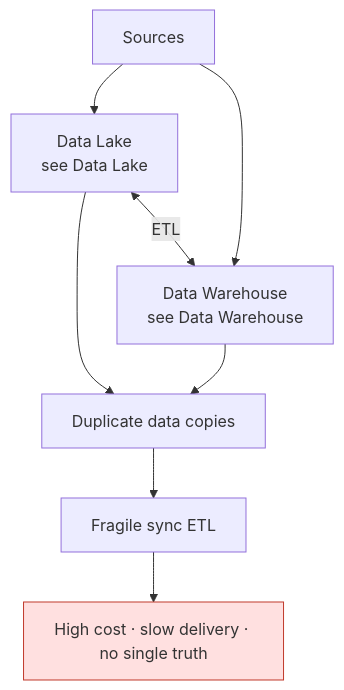
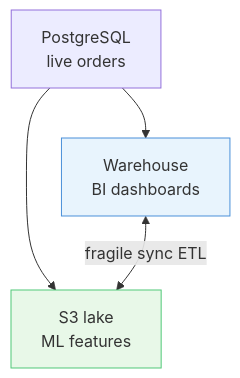
The first of 5 diagrams in data-architecture/data-lakehouse.md (adnanrahin/adnanrahin.github.io), drawn with Mermaid before and after one commit. The commit also changed other lines of this file and 5 other files, not shown here.

````diff
--- a/data-architecture/data-lakehouse.md
+++ b/data-architecture/data-lakehouse.md
@@ -23,18 +26,10 @@
 ```mermaid
 flowchart TD
-    SRC["Sources"]
-    LAKE["Data Lake<br/>see Data Lake"]
-    DWH["Data Warehouse<br/>see Data Warehouse"]
-    DUP["Duplicate data copies"]
-    ETL["Fragile sync ETL"]
-    PAIN["High cost · slow delivery · no single truth"]
+    PG["PostgreSQL<br/>live orders"]
+    PG --> WH["Warehouse<br/>BI dashboards"]
+    PG --> S3["S3 lake<br/>ML features"]
+    WH <-->|"fragile sync ETL"| S3
 
-    SRC --> LAKE
-    SRC --> DWH
-    LAKE --> DUP
-    DWH --> DUP
-    LAKE <-->|ETL| DWH
-    DUP --> ETL --> PAIN
-
-    style PAIN fill:#FFE0E0,stroke:#C0392B
+    style WH fill:#E8F4FD,stroke:#4A90D9
+    style S3 fill:#E8F8E8,stroke:#50C878
 ```
````
